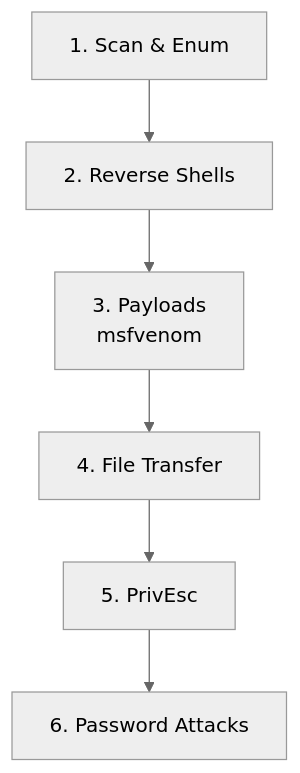
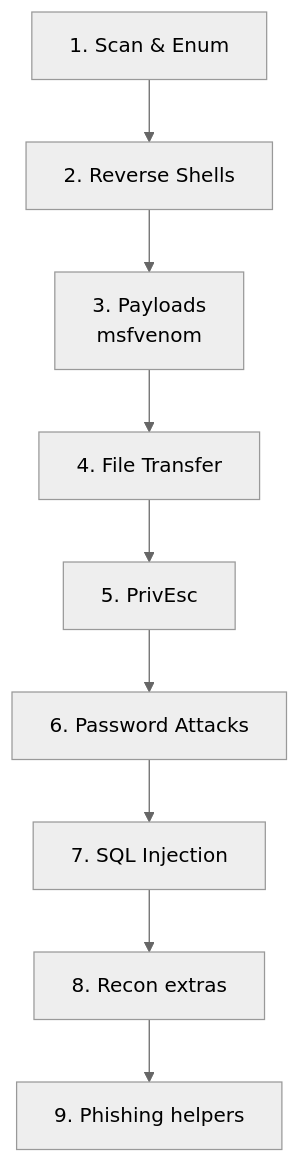
Before and after one commit to nekodas-neko/OSCP_STUDY: the diagram in OSCP-Vault/🧰 Command Cheat Sheet.md, drawn with Mermaid (neutral theme). The commit also changed other lines of this file and 69 other files, not shown here.

````diff
--- a/OSCP-Vault/🧰 Command Cheat Sheet.md
+++ b/OSCP-Vault/🧰 Command Cheat Sheet.md
@@ -19,8 +19,11 @@
 ```mermaid
 flowchart TD
     S1["1. Scan & Enum"] --> S2["2. Reverse Shells"]
     S2 --> S3["3. Payloads<br/>msfvenom"]
     S3 --> S4["4. File Transfer"]
     S4 --> S5["5. PrivEsc"]
     S5 --> S6["6. Password Attacks"]
+    S6 --> S7["7. SQL Injection"]
+    S7 --> S8["8. Recon extras"]
+    S8 --> S9["9. Phishing helpers"]
 ```
````
